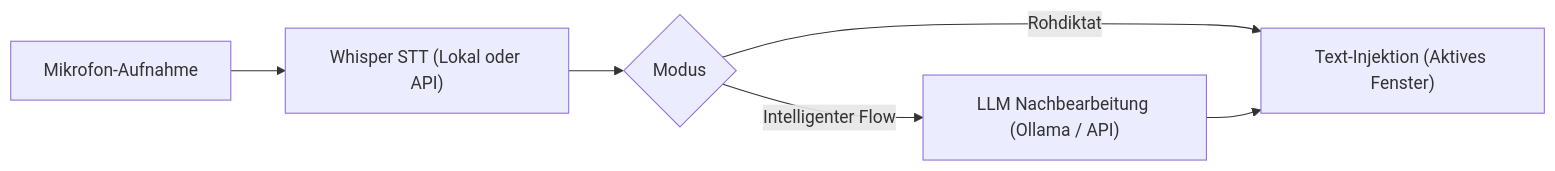
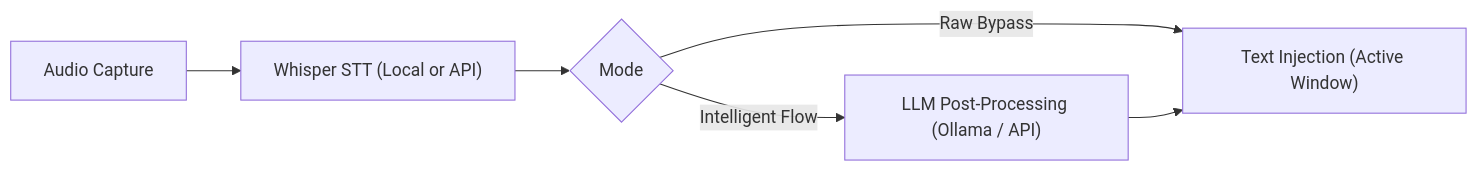
Before and after one commit to 4bearry/Velodictum: the diagram in README.md, drawn with Mermaid. The commit also changed other lines of this file and 1 other file, not shown here.

````diff
--- a/README.md
+++ b/README.md
@@ -17,8 +17,8 @@
 ```mermaid
 flowchart LR
-    A["Mikrofon-Aufnahme"] --> B["Whisper STT (Lokal oder API)"]
-    B --> C{"Modus"}
-    C -->|Rohdiktat| E["Text-Injektion (Aktives Fenster)"]
-    C -->|Intelligenter Flow| D["LLM Nachbearbeitung (Ollama / API)"]
+    A["Audio Capture"] --> B["Whisper STT (Local or API)"]
+    B --> C{"Mode"}
+    C -->|Raw Bypass| E["Text Injection (Active Window)"]
+    C -->|Intelligent Flow| D["LLM Post-Processing (Ollama / API)"]
     D --> E
 ```
````
